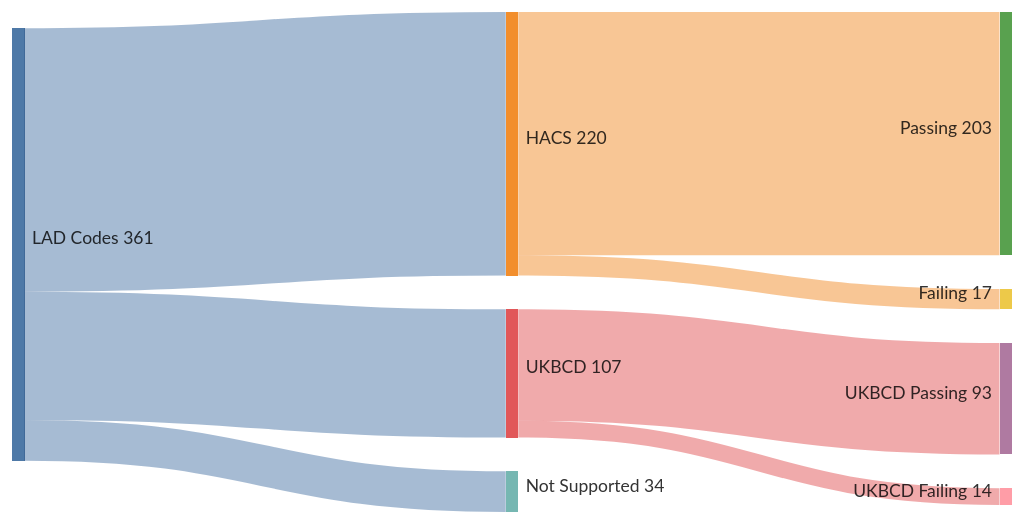
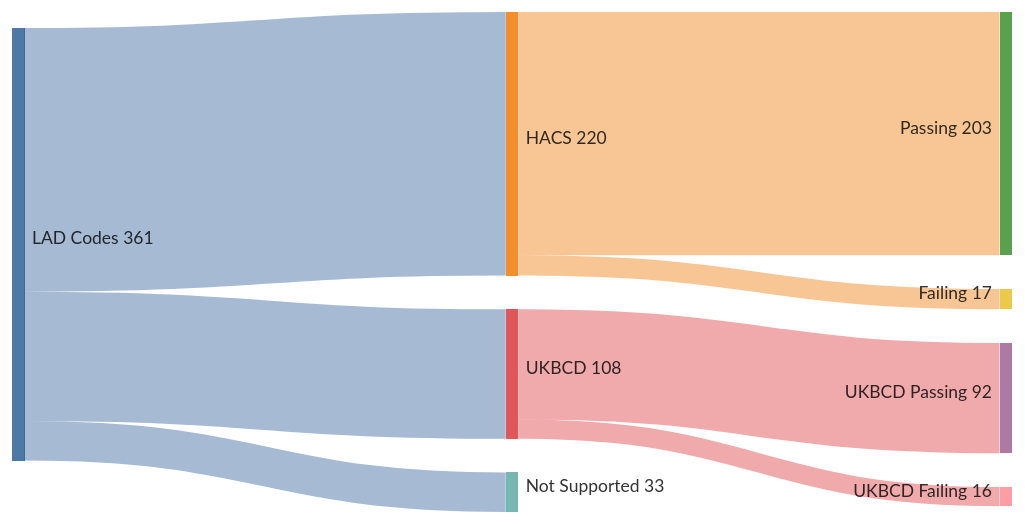
The diagram in README.md (cmbsteinberg/bins), drawn with Mermaid before and after one commit. The commit also changed 11 other files, not shown here.

````diff
--- a/README.md
+++ b/README.md
@@ -11,21 +11,21 @@
 ```mermaid
 ---
 config:
   sankey:
     width: 800
     height: 400
     linkColor: source
     nodeAlignment: left
 ---
 sankey-beta
 
 "LAD Codes","HACS",220
-"LAD Codes","UKBCD",107
-"LAD Codes","Not Supported",34
+"LAD Codes","UKBCD",108
+"LAD Codes","Not Supported",33
 
 "HACS","Passing",203
 "HACS","Failing",17
 
-"UKBCD","UKBCD Passing",93
-"UKBCD","UKBCD Failing",14
+"UKBCD","UKBCD Passing",92
+"UKBCD","UKBCD Failing",16
 ```
````
